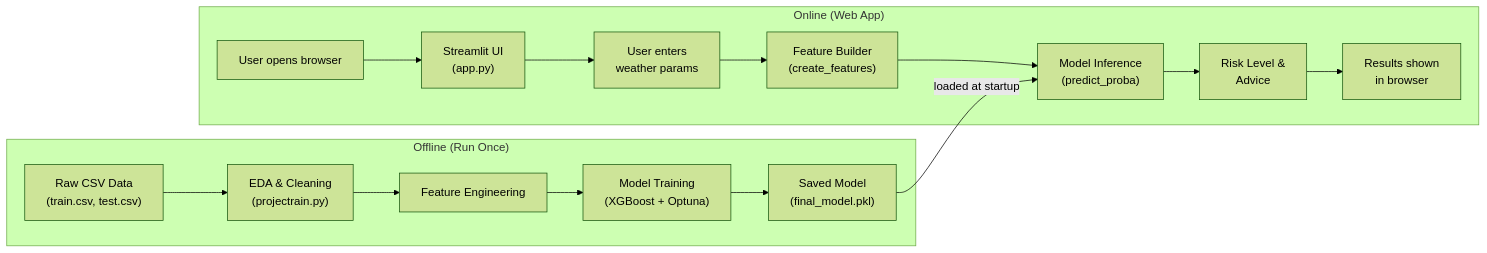
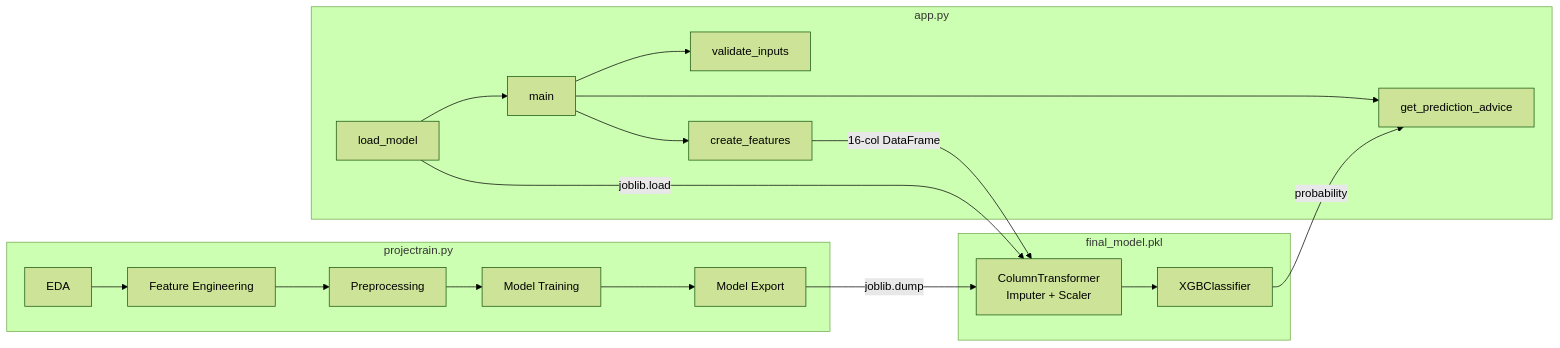
Before and after one commit to ayushsyntax/SkyCast: the second of 7 diagrams in docs/PROJECT_WALKTHROUGH.md, drawn with Mermaid (forest theme). The commit also changed other lines of this file and 1 other file, not shown here.

````diff
--- a/docs/PROJECT_WALKTHROUGH.md
+++ b/docs/PROJECT_WALKTHROUGH.md
@@ -55,20 +119,25 @@
 ```mermaid
 flowchart LR
-    subgraph Offline["Offline (Run Once)"]
-        A["Raw CSV Data\n(train.csv, test.csv)"] --> B["EDA & Cleaning\n(projectrain.py)"]
-        B --> C["Feature Engineering"]
-        C --> D["Model Training\n(XGBoost + Optuna)"]
-        D --> E["Saved Model\n(final_model.pkl)"]
+    subgraph app.py
+        A[load_model] --> B[main]
+        B --> C[validate_inputs]
+        B --> D[create_features]
+        B --> E[get_prediction_advice]
     end
 
-    subgraph Online["Online (Web App)"]
-        F["User opens browser"] --> G["Streamlit UI\n(app.py)"]
-        G --> H["User enters\nweather params"]
-        H --> I["Feature Builder\n(create_features)"]
-        I --> J["Model Inference\n(predict_proba)"]
-        J --> K["Risk Level &\nAdvice"]
-        K --> L["Results shown\nin browser"]
+    subgraph final_model.pkl
+        F[ColumnTransformer<br/>Imputer + Scaler] --> G[XGBClassifier]
     end
 
-    E -->|"loaded at startup"| J
+    subgraph projectrain.py
+        H[EDA] --> I[Feature Engineering]
+        I --> J[Preprocessing]
+        J --> K[Model Training]
+        K --> L[Model Export]
+    end
+
+    D -->|"16-col DataFrame"| F
+    G -->|"probability"| E
+    L -->|"joblib.dump"| F
+    A -->|"joblib.load"| F
 ```
````
